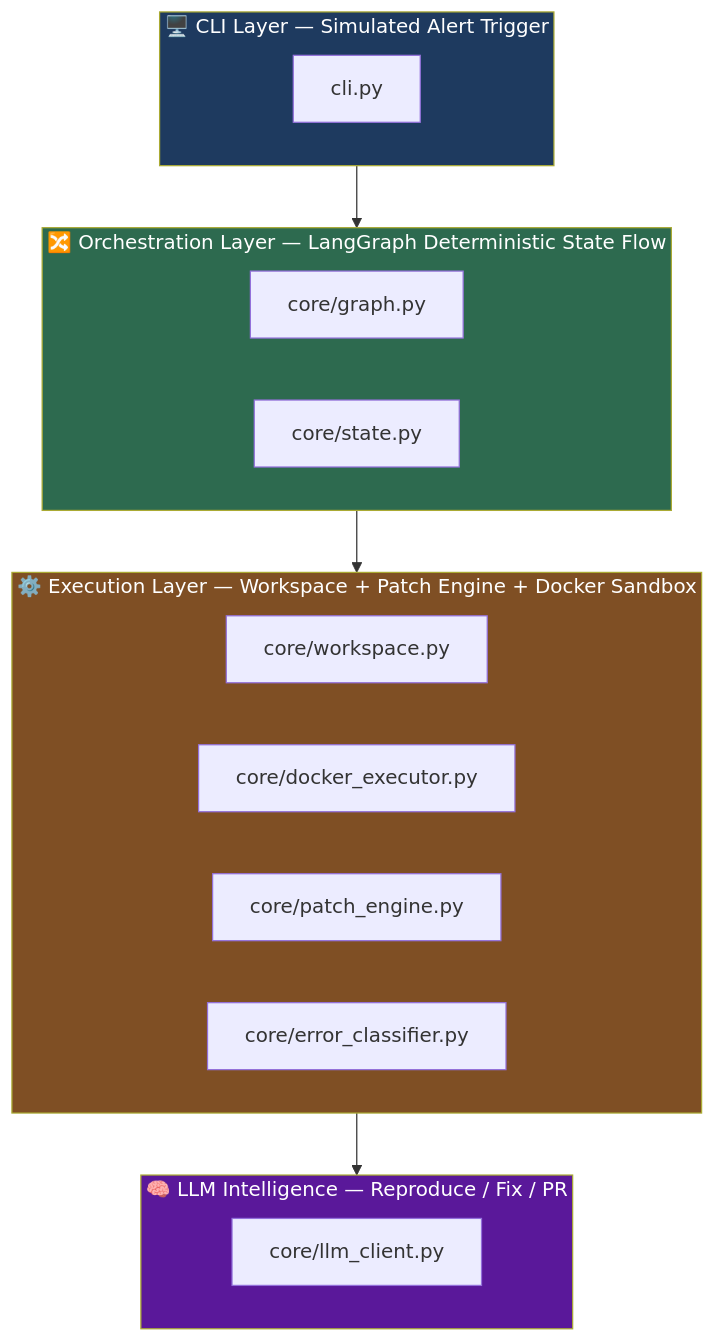
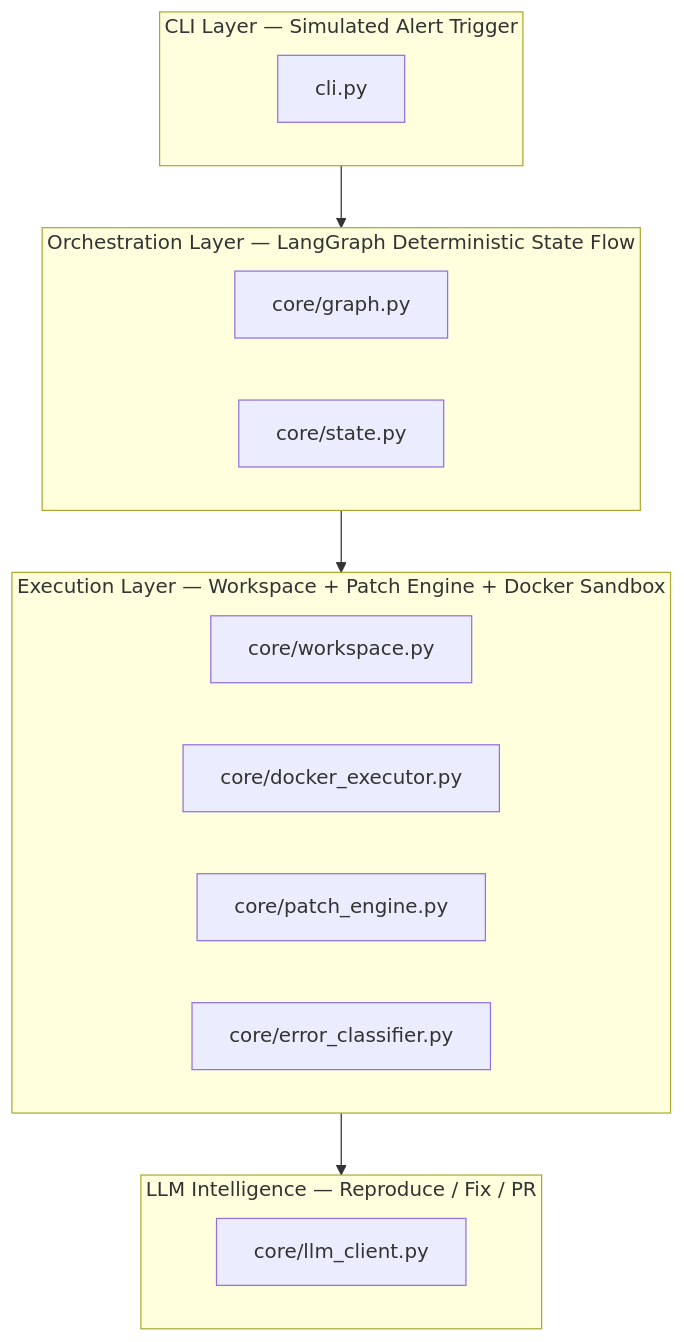
The first of 3 diagrams in README.md (AmanKushwaha-17/OPSGUARD), drawn with Mermaid before and after one commit. The commit also changed other lines of this file, not shown here.

Commit message:
Update README flowchart and reporting docs

````diff
--- a/README.md
+++ b/README.md
@@ -23,31 +23,26 @@
 ```mermaid
 flowchart TD
-    subgraph CLI_LAYER["🖥️ CLI Layer — Simulated Alert Trigger"]
+    subgraph CLI_LAYER["CLI Layer — Simulated Alert Trigger"]
         CLI["cli.py"]
     end
 
-    subgraph ORCH_LAYER["🔀 Orchestration Layer — LangGraph Deterministic State Flow"]
+    subgraph ORCH_LAYER["Orchestration Layer — LangGraph Deterministic State Flow"]
         GRAPH["core/graph.py"]
         STATE["core/state.py"]
     end
 
-    subgraph EXEC_LAYER["⚙️ Execution Layer — Workspace + Patch Engine + Docker Sandbox"]
+    subgraph EXEC_LAYER["Execution Layer — Workspace + Patch Engine + Docker Sandbox"]
         WORKSPACE["core/workspace.py"]
         DOCKER["core/docker_executor.py"]
         PATCH["core/patch_engine.py"]
         CLASSIFIER["core/error_classifier.py"]
     end
 
-    subgraph LLM_LAYER["🧠 LLM Intelligence — Reproduce / Fix / PR"]
+    subgraph LLM_LAYER["LLM Intelligence — Reproduce / Fix / PR"]
         LLM_CLIENT["core/llm_client.py"]
     end
 
     CLI_LAYER --> ORCH_LAYER
     ORCH_LAYER --> EXEC_LAYER
     EXEC_LAYER --> LLM_LAYER
-
-    style CLI_LAYER fill:#1e3a5f,color:#fff
-    style ORCH_LAYER fill:#2d6a4f,color:#fff
-    style EXEC_LAYER fill:#7f4f24,color:#fff
-    style LLM_LAYER fill:#5a189a,color:#fff
 ```
````
